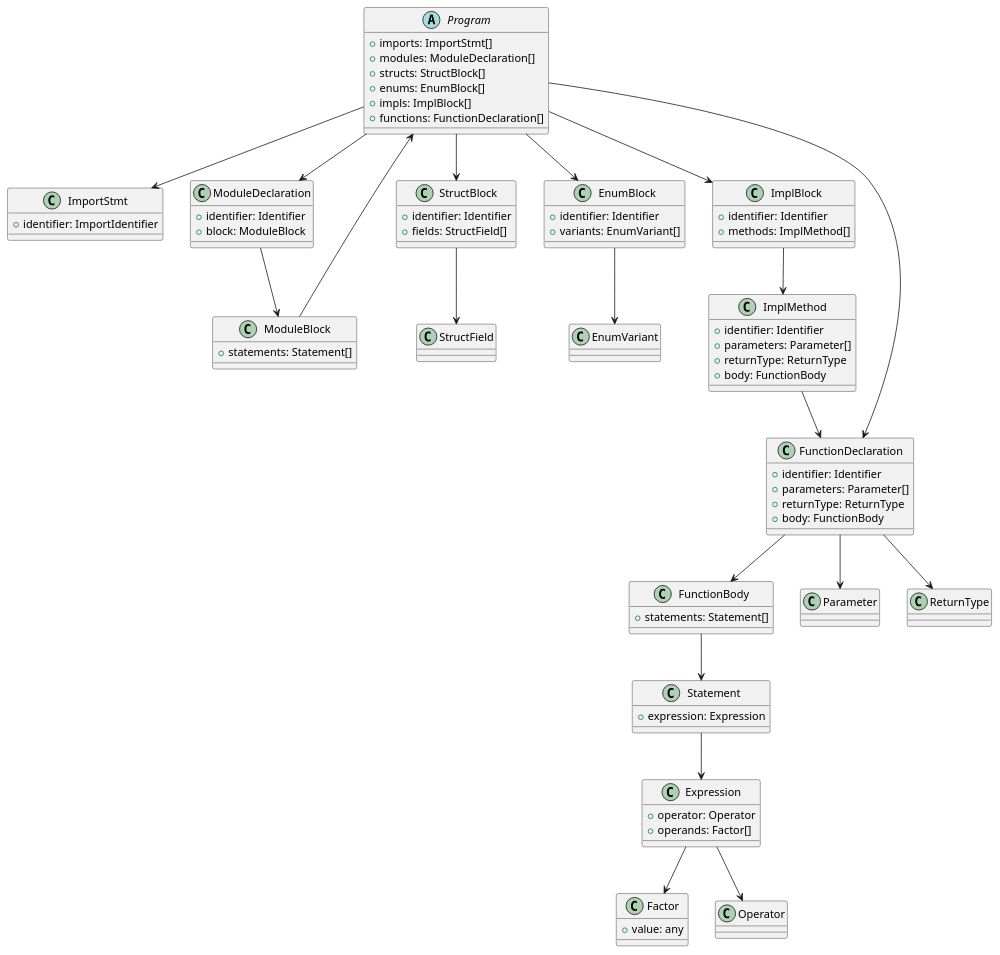
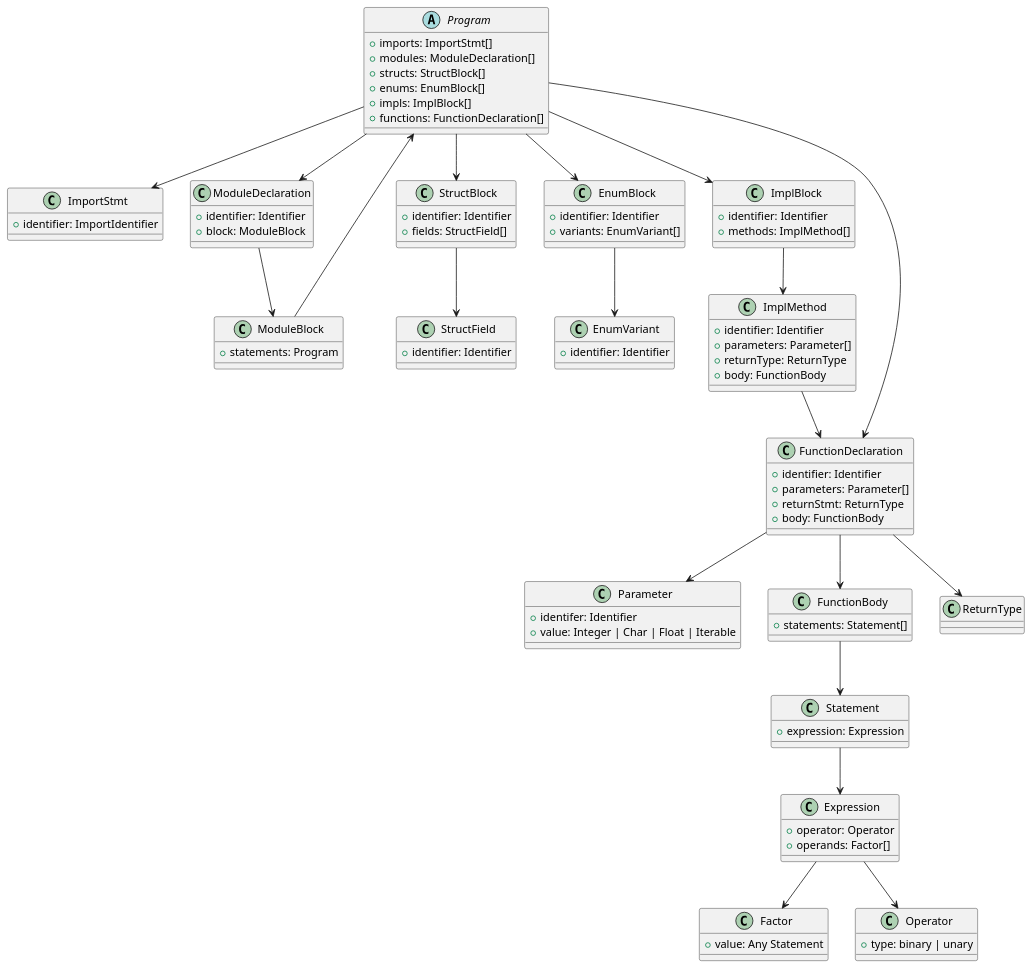
Before and after one commit to eelfire/arc-lang: the diagram in arc-ast.puml, drawn with PlantUML. The commit also changed other lines of this file and 3 other files, not shown here.

```diff
--- a/arc-ast.puml
+++ b/arc-ast.puml
@@ -1,98 +102,113 @@
-@startuml arc-ast
-
+@startuml
 /'
 abstract class Node {
     +children: Node[]
 }
 '/
 
 
 abstract class Program {
     +imports: ImportStmt[]
     +modules: ModuleDeclaration[]
     +structs: StructBlock[]
     +enums: EnumBlock[]
     +impls: ImplBlock[]
     +functions: FunctionDeclaration[]
 }
 
 class ImportStmt {
     +identifier: ImportIdentifier
 }
 
 class ModuleDeclaration {
     +identifier: Identifier
     +block: ModuleBlock
 }
 
 class ModuleBlock {
-    +statements: Statement[]
+    +statements: Program /' MITHIL CHANGED THIS '/
 }
 
 class StructBlock {
     +identifier: Identifier
     +fields: StructField[]
 }
 
+class StructField {
+    +identifier: Identifier
+}
+
 class EnumBlock {
     +identifier: Identifier
     +variants: EnumVariant[]
+}
+
+class EnumVariant {
+    +identifier: Identifier
 }
 
 class ImplBlock {
     +identifier: Identifier
     +methods: ImplMethod[]
 }
 
 class ImplMethod {
     +identifier: Identifier
     +parameters: Parameter[]
     +returnType: ReturnType
     +body: FunctionBody
 }
 
 class FunctionDeclaration {
     +identifier: Identifier
     +parameters: Parameter[]
-    +returnType: ReturnType
+    +returnStmt: ReturnType
     +body: FunctionBody
+}
+
+class Parameter {
+    +identifer: Identifier
+    +value: Integer | Char | Float | Iterable
 }
 
 class FunctionBody {
     +statements: Statement[]
 }
 
 class Statement {
     +expression: Expression
 }
 
 class Expression {
     +operator: Operator
     +operands: Factor[]
 }
 
 class Factor {
-    +value: any
+    +value: Any Statement
+}
+
+class Operator {
+    +type: binary | unary
 }
 
 Program --> ImportStmt
 Program --> ModuleDeclaration
 Program --> StructBlock
 Program --> EnumBlock
 Program --> ImplBlock
 Program --> FunctionDeclaration
 ModuleDeclaration --> ModuleBlock
 ModuleBlock --> Program
 StructBlock --> StructField
 EnumBlock --> EnumVariant
 ImplBlock --> ImplMethod
 ImplMethod --> FunctionDeclaration
 FunctionDeclaration --> Parameter
 FunctionDeclaration --> ReturnType
 FunctionDeclaration --> FunctionBody
 FunctionBody --> Statement
 Statement --> Expression
 Expression --> Operator
 Expression --> Factor
-
 @enduml
```
